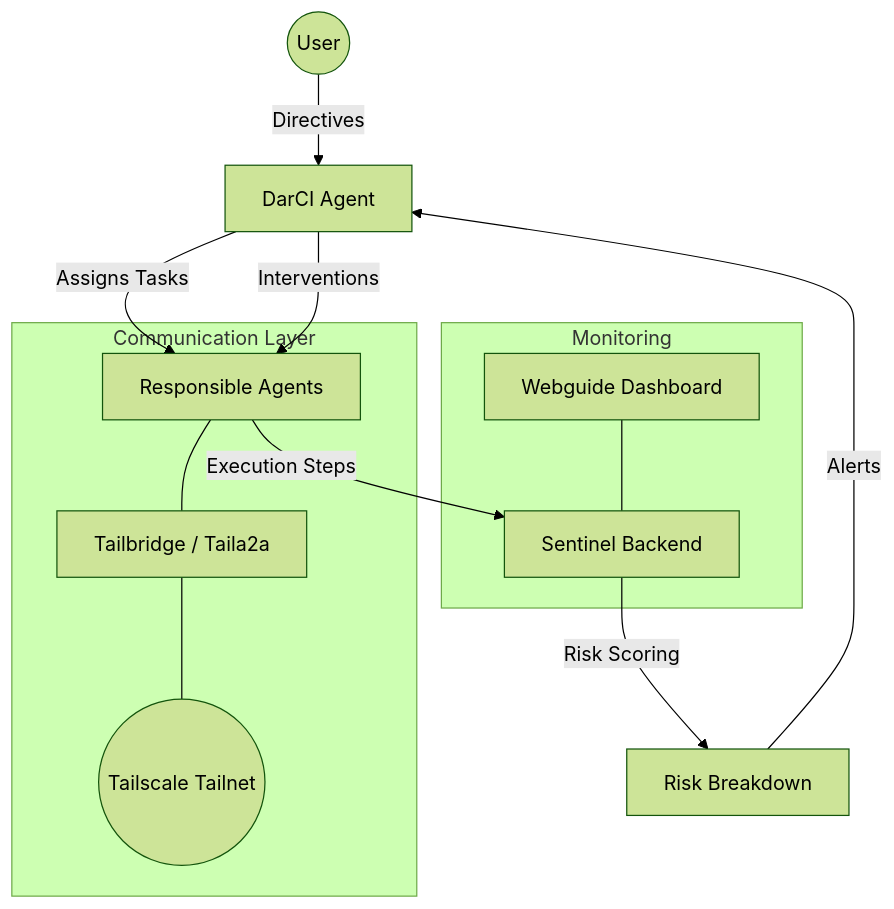
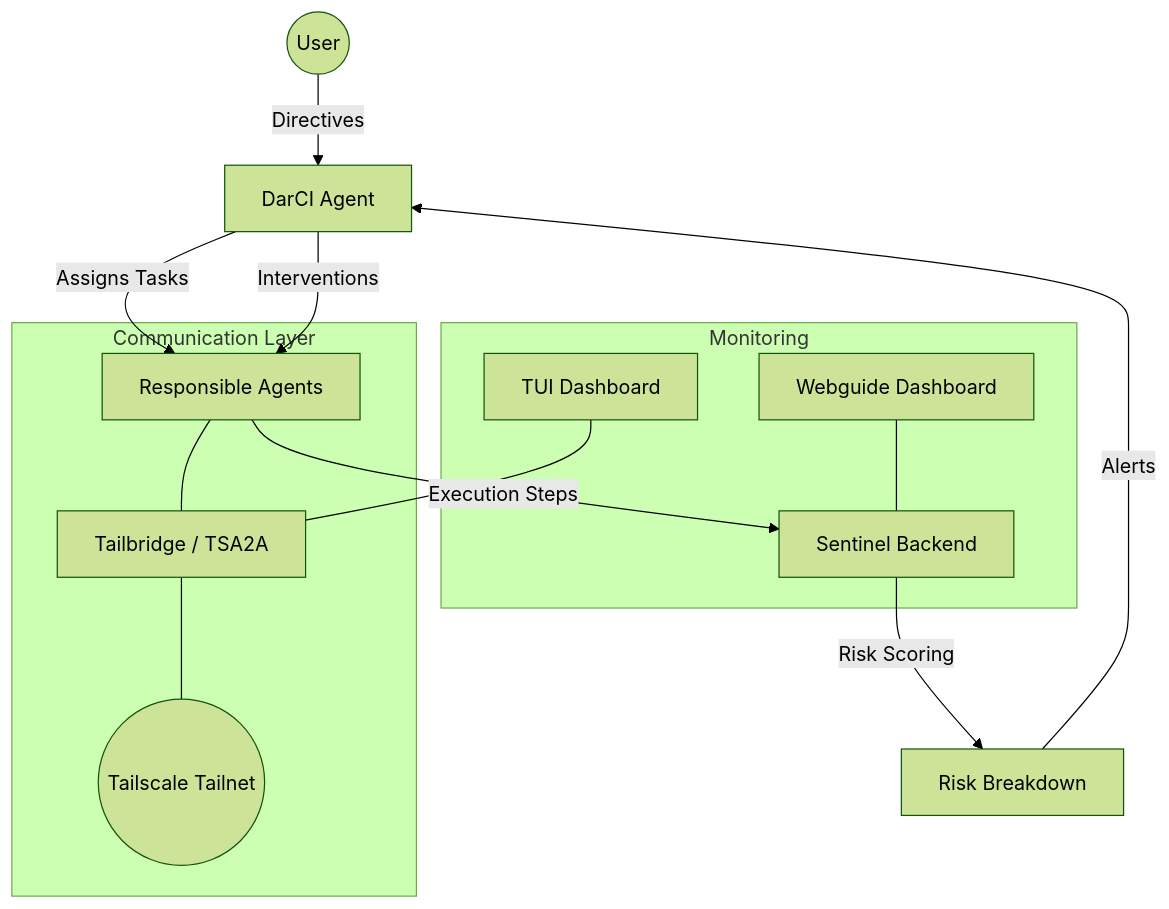
Before and after one commit to Duo-Keyboard-Koalition/backbot: the diagram in README.md, drawn with Mermaid (forest theme). The commit also changed other lines of this file and 455 other files, not shown here.

````diff
--- a/README.md
+++ b/README.md
@@ -15,18 +15,19 @@
 ```mermaid
 graph TD
     User((User)) -->|Directives| DarCI[DarCI Agent]
     DarCI -->|Assigns Tasks| Workhorse[Responsible Agents]
     Workhorse -->|Execution Steps| Sentinel[Sentinel Backend]
     Sentinel -->|Risk Scoring| RB[Risk Breakdown]
     RB -->|Alerts| DarCI
     DarCI -->|Interventions| Workhorse
 
     subgraph "Communication Layer"
-        Workhorse --- Tailbridge[Tailbridge / Taila2a]
+        Workhorse --- Tailbridge[Tailbridge / TSA2A]
         Tailbridge --- Tailscale((Tailscale Tailnet))
     end
 
     subgraph "Monitoring"
         Webguide[Webguide Dashboard] --- Sentinel
+        TUI[TUI Dashboard] --- Tailbridge
     end
 ```
````
